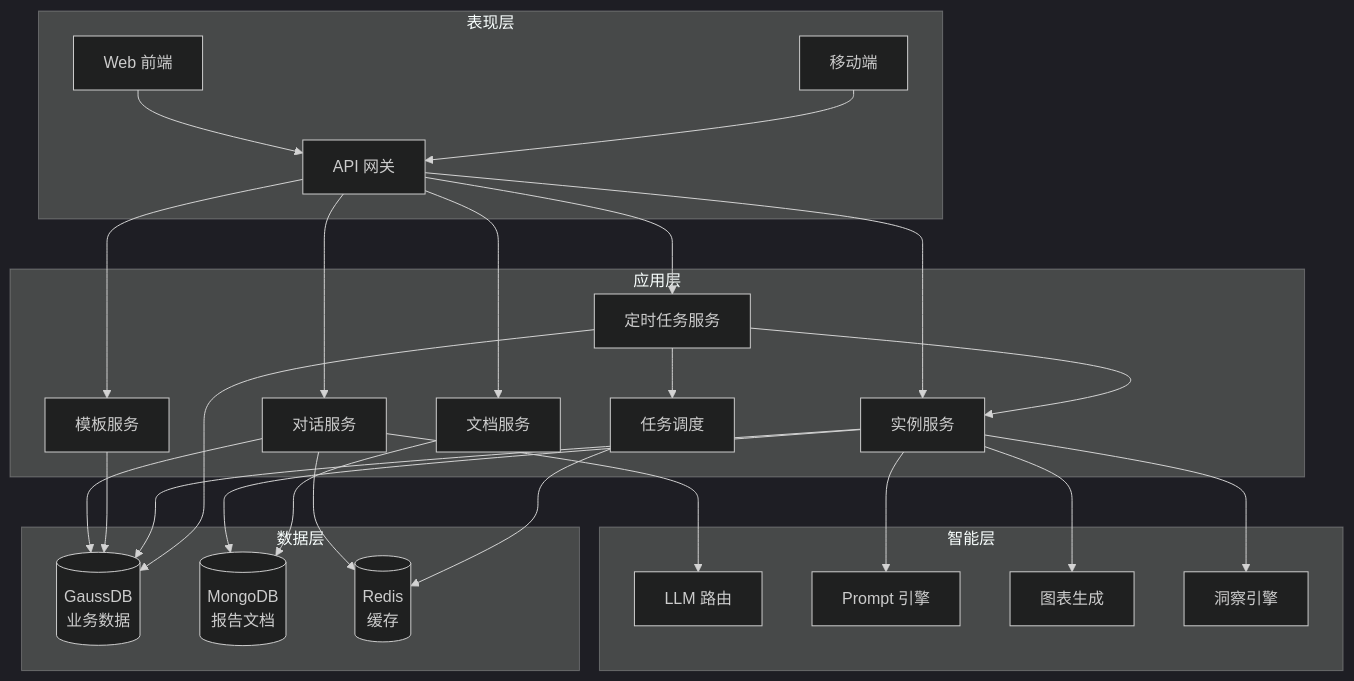
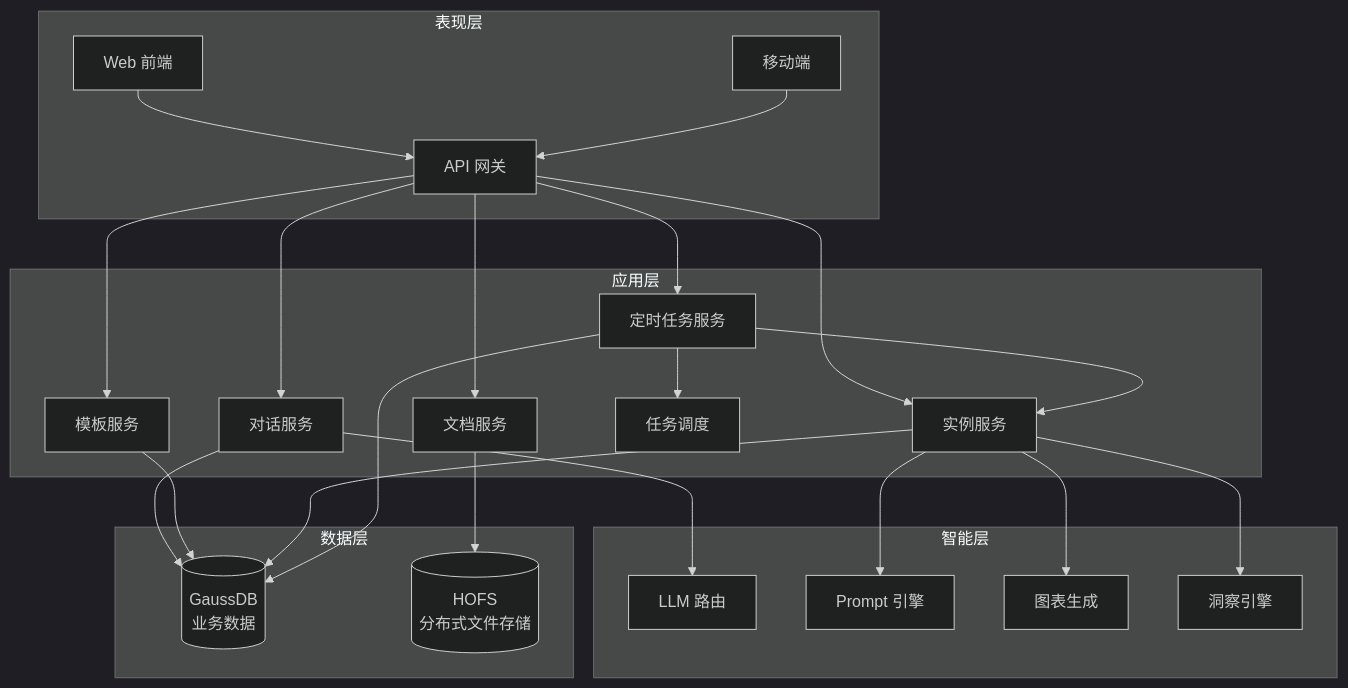
The ninth of 13 diagrams in design.md (shel447/ReportSystem), drawn with Mermaid (dark theme) before and after one commit. The commit also changed other lines of this file, not shown here.

Commit message:
Update: Use HOFS for document storage, remove Redis cache design

````diff
--- a/design.md
+++ b/design.md
@@ -640,55 +640,51 @@
 ```mermaid
 graph TB
     subgraph 表现层
         Web[Web 前端]
         Mobile[移动端]
         API[API 网关]
     end
     
     subgraph 应用层
         ChatService[对话服务]
         TemplateService[模板服务]
         InstanceService[实例服务]
         DocService[文档服务]
         SchedulerService[定时任务服务]
         TaskScheduler[任务调度]
     end
     
     subgraph 智能层
         LLMRouter[LLM 路由]
         PromptEngine[Prompt 引擎]
         ChartGenerator[图表生成]
         InsightEngine[洞察引擎]
     end
     
     subgraph 数据层
         GaussDB[(GaussDB<br/>业务数据)]
-        Mongo[(MongoDB<br/>报告文档)]
-        Redis[(Redis<br/>缓存)]
+        HOFS[(HOFS<br/>分布式文件存储)]
     end
     
     Web --> API
     Mobile --> API
     API --> ChatService
     API --> TemplateService
     API --> InstanceService
     API --> DocService
     API --> SchedulerService
     
     ChatService --> LLMRouter
     InstanceService --> PromptEngine
     InstanceService --> ChartGenerator
     InstanceService --> InsightEngine
     
     SchedulerService --> TaskScheduler
     SchedulerService --> InstanceService
     
     ChatService --> GaussDB
     TemplateService --> GaussDB
     InstanceService --> GaussDB
     SchedulerService --> GaussDB
-    InstanceService --> Mongo
-    DocService --> Mongo
-    ChatService --> Redis
-    TaskScheduler --> Redis
+    DocService --> HOFS
 ```
````
